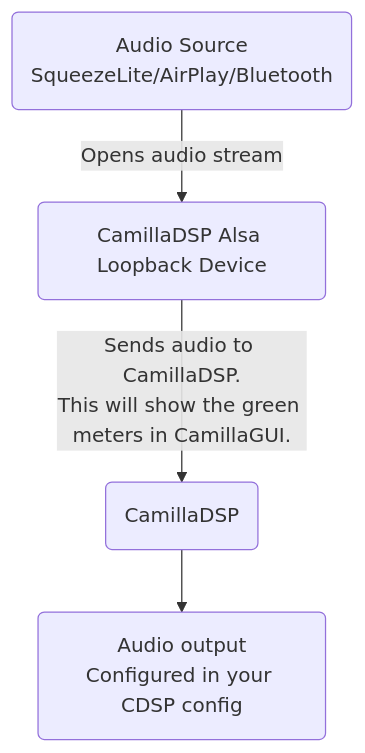
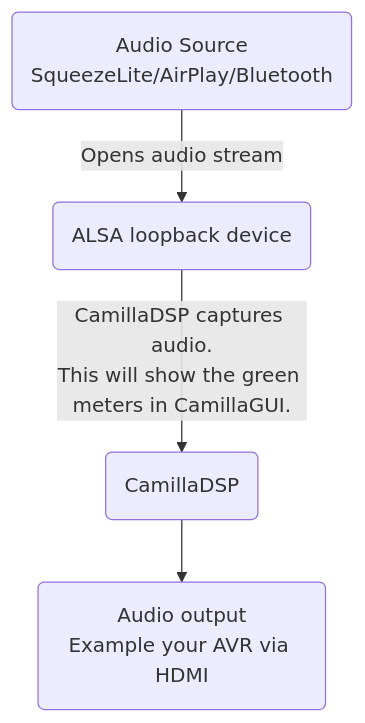
Before and after one commit to sirblew/piCoreCDSP-Loopback: the diagram in README.md, drawn with Mermaid. The commit also changed other lines of this file, not shown here.

````diff
--- a/README.md
+++ b/README.md
@@ -115,6 +115,6 @@
 ```mermaid
 graph TD;
-    A(Audio Source<br>SqueezeLite/AirPlay/Bluetooth) -- Opens audio stream --> B(CamillaDSP Alsa Loopback Device);
-    B -- Sends audio to CamillaDSP.<br>This will show the green meters in CamillaGUI. --> C(CamillaDSP);
-    C --> O(Audio output<br>Configured in your CDSP config);
+    A(Audio Source<br>SqueezeLite/AirPlay/Bluetooth) -- Opens audio stream --> B(ALSA loopback device);
+    B -- CamillaDSP captures audio.<br>This will show the green meters in CamillaGUI. --> C(CamillaDSP);
+    C --> O(Audio output<br>Example your AVR via HDMI);
 ```
````
